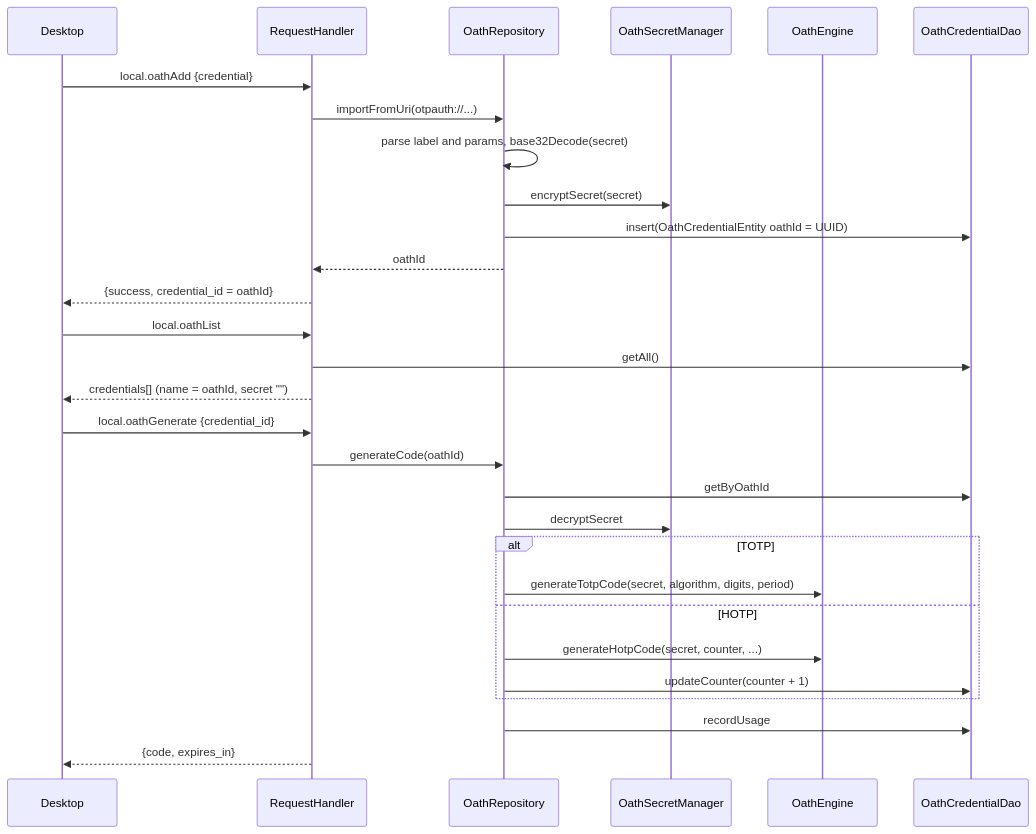
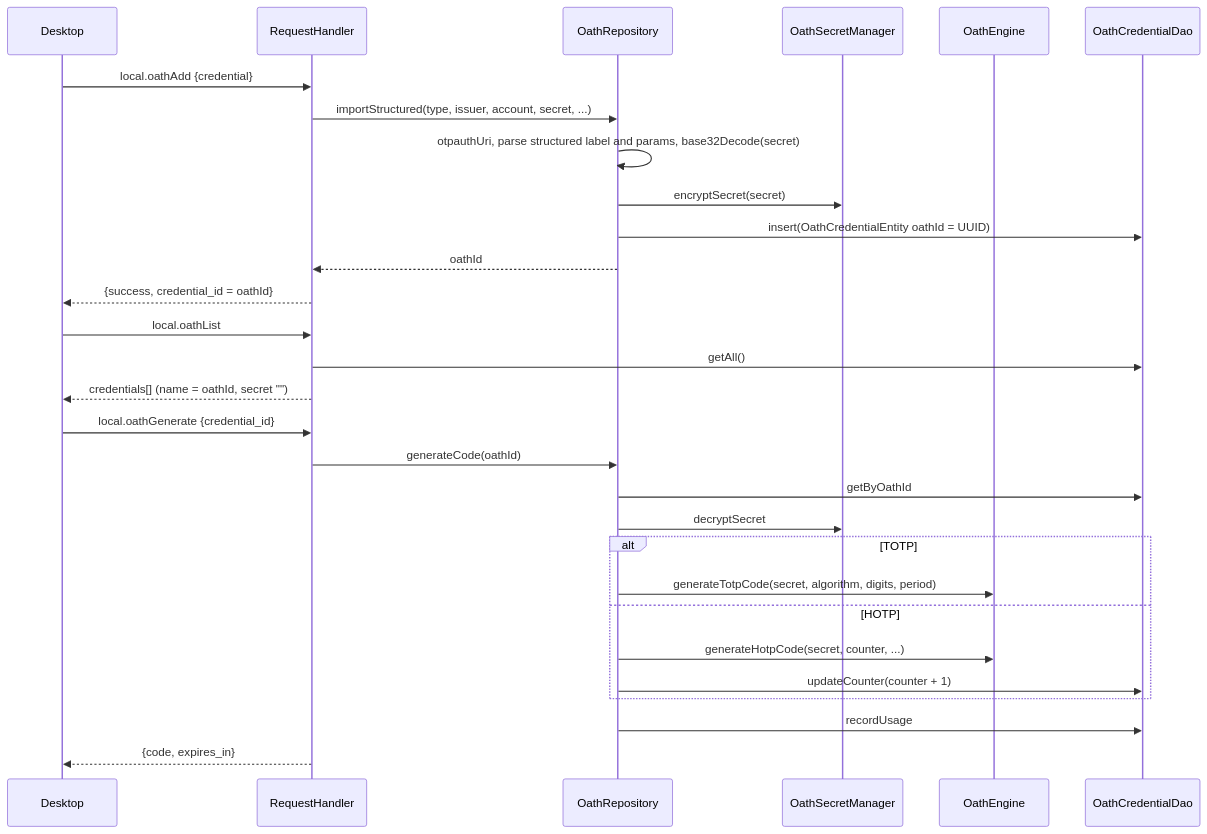
One commit to jeremyhahn/xkey-android changed the diagram in docs/oath/architecture.md. Above: the diagram before and after it, drawn with Mermaid. The commit also changed other lines of this file and 2 other files, not shown here.

First line of the commit message:
docs: the oath architecture names the structured and external import paths

````diff
--- a/docs/oath/architecture.md
+++ b/docs/oath/architecture.md
@@ -55,34 +66,34 @@
 ```mermaid
 sequenceDiagram
     participant D as Desktop
     participant H as RequestHandler
     participant R as OathRepository
     participant SM as OathSecretManager
     participant E as OathEngine
     participant DB as OathCredentialDao
 
     D->>H: local.oathAdd {credential}
-    H->>R: importFromUri(otpauth://...)
-    R->>R: parse label and params, base32Decode(secret)
+    H->>R: importStructured(type, issuer, account, secret, ...)
+    R->>R: otpauthUri, parse structured label and params, base32Decode(secret)
     R->>SM: encryptSecret(secret)
     R->>DB: insert(OathCredentialEntity oathId = UUID)
     R-->>H: oathId
     H-->>D: {success, credential_id = oathId}
 
     D->>H: local.oathList
     H->>DB: getAll()
     H-->>D: credentials[] (name = oathId, secret "")
 
     D->>H: local.oathGenerate {credential_id}
     H->>R: generateCode(oathId)
     R->>DB: getByOathId
     R->>SM: decryptSecret
     alt TOTP
         R->>E: generateTotpCode(secret, algorithm, digits, period)
     else HOTP
         R->>E: generateHotpCode(secret, counter, ...)
         R->>DB: updateCounter(counter + 1)
     end
     R->>DB: recordUsage
     H-->>D: {code, expires_in}
 ```
````
